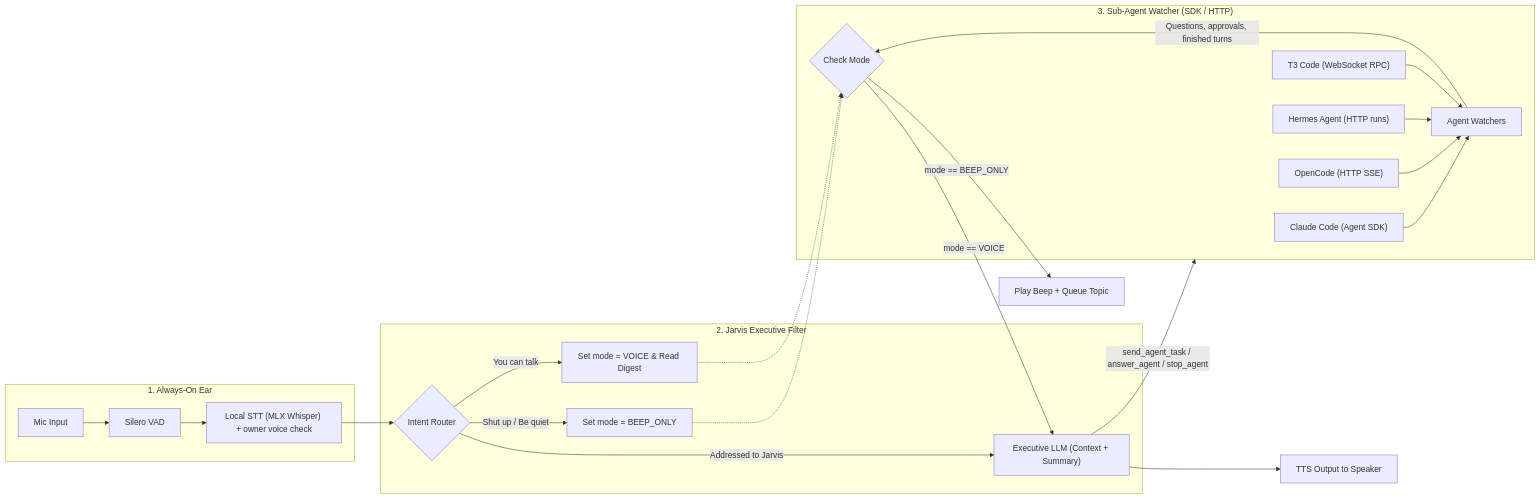
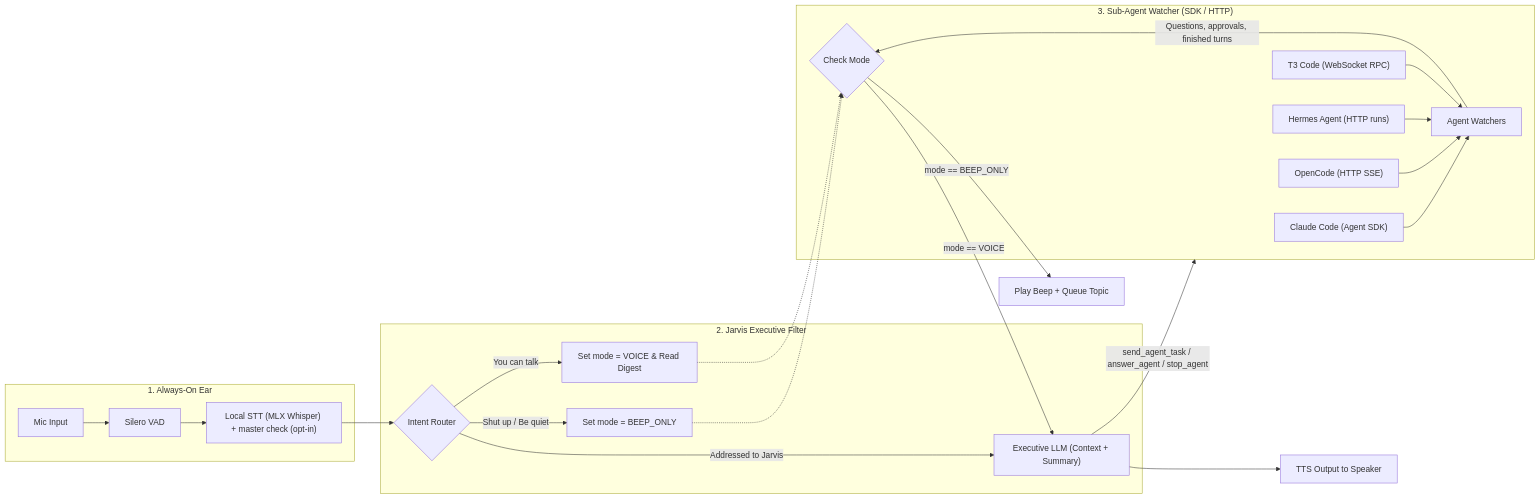
The diagram in docs/architecture.md (sangdth/jarvis), drawn with Mermaid before and after one commit. The commit also changed other lines of this file and 15 other files, not shown here.

First line of the commit message:
feat: make master voice check opt-in

````diff
--- a/docs/architecture.md
+++ b/docs/architecture.md
@@ -21,29 +21,29 @@
 ```mermaid
 flowchart LR
     subgraph Input ["1. Always-On Ear"]
         Mic["Mic Input"] --> VAD["Silero VAD"]
-        VAD --> STT["Local STT (MLX Whisper) + owner voice check"]
+        VAD --> STT["Local STT (MLX Whisper) + master check (opt-in)"]
     end
 
     subgraph Brain ["2. Jarvis Executive Filter"]
         STT --> Intent{"Intent Router"}
         Intent -->|"Shut up / Be quiet"| Mute["Set mode = BEEP_ONLY"]
         Intent -->|"You can talk"| Unmute["Set mode = VOICE & Read Digest"]
         Intent -->|"Addressed to Jarvis"| LLM["Executive LLM (Context + Summary)"]
     end
 
     subgraph CodingAgents ["3. Sub-Agent Watcher (SDK / HTTP)"]
         CC["Claude Code (Agent SDK)"] --> Buffer["Agent Watchers"]
         OC["OpenCode (HTTP SSE)"] --> Buffer
         HA["Hermes Agent (HTTP runs)"] --> Buffer
         T3["T3 Code (WebSocket RPC)"] --> Buffer
         Buffer -->|"Questions, approvals, finished turns"| Notify{"Check Mode"}
     end
 
     Mute -.-> Notify
     Unmute -.-> Notify
     Notify -->|"mode == BEEP_ONLY"| Beep["Play Beep + Queue Topic"]
     Notify -->|"mode == VOICE"| LLM
     LLM --> TTS["TTS Output to Speaker"]
     LLM -->|"send_agent_task / answer_agent / stop_agent"| CodingAgents
 ```
````
